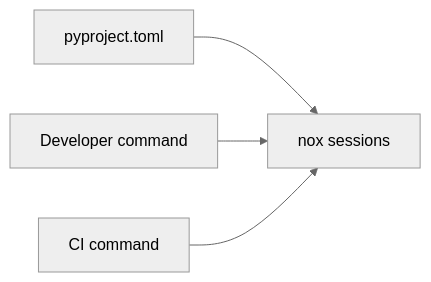
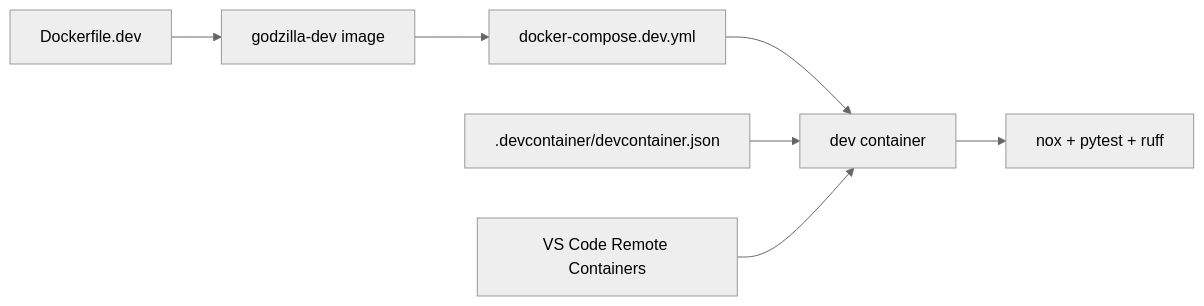
The diagram in docs/design/developer-tooling.md (baquerrj/godzilla), drawn with Mermaid (neutral theme) before and after one commit. The commit also changed other lines of this file and 9 other files, not shown here.

Commit message:
docker dev env

````diff
--- a/docs/design/developer-tooling.md
+++ b/docs/design/developer-tooling.md
@@ -11,11 +16,17 @@
 ```mermaid
 flowchart LR
-  PYPROJECT[pyproject.toml]
-  NOX[nox sessions]
-  DEV[Developer command]
-  CI[CI command]
+  DOCKERFILE[Dockerfile.dev]
+  COMPOSE[docker-compose.dev.yml]
+  DEVCONTAINER[.devcontainer/devcontainer.json]
+  IMAGE[godzilla-dev image]
+  CONTAINER[dev container]
+  VSCODE[VS Code Remote Containers]
+  NOX[nox + pytest + ruff]
 
-  PYPROJECT --> NOX
-  DEV --> NOX
-  CI --> NOX
+  DOCKERFILE --> IMAGE
+  IMAGE --> COMPOSE
+  COMPOSE --> CONTAINER
+  DEVCONTAINER --> CONTAINER
+  VSCODE --> CONTAINER
+  CONTAINER --> NOX
 ```
````
